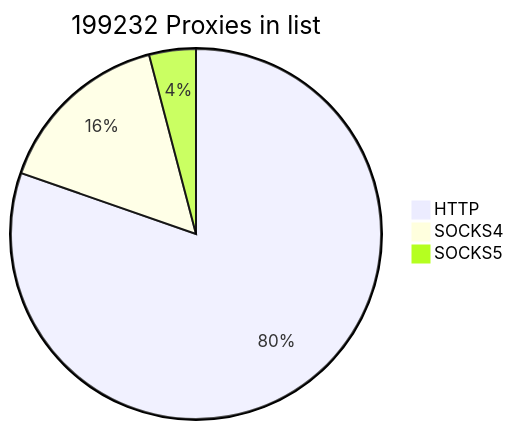
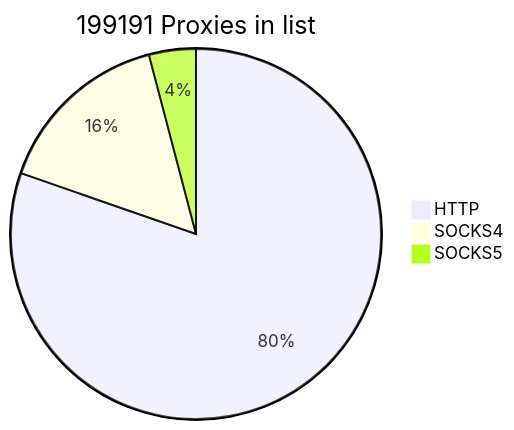
The first of 2 diagrams in README.md (cutipu/proxylist), drawn with Mermaid before and after one commit. The commit also changed other lines of this file, not shown here.

````diff
--- a/README.md
+++ b/README.md
@@ -2,7 +2,7 @@
 ```mermaid
-pie title 199232 Proxies in list
-    "HTTP" : 160061
-    "SOCKS4" : 31044
-    "SOCKS5" : 8127
+pie title 199191 Proxies in list
+    "HTTP" : 160001
+    "SOCKS4" : 31042
+    "SOCKS5" : 8148
             
 ```
````
